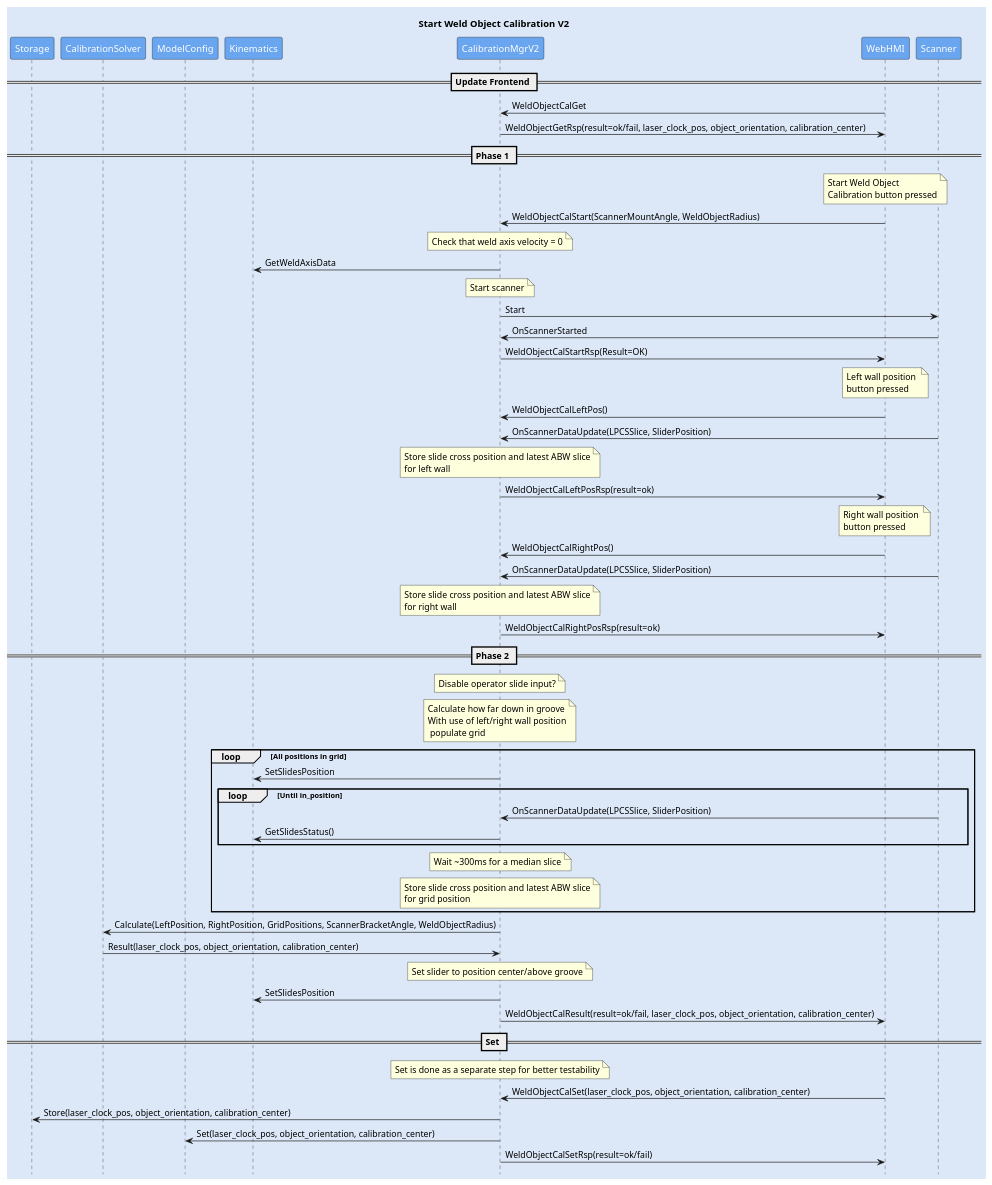
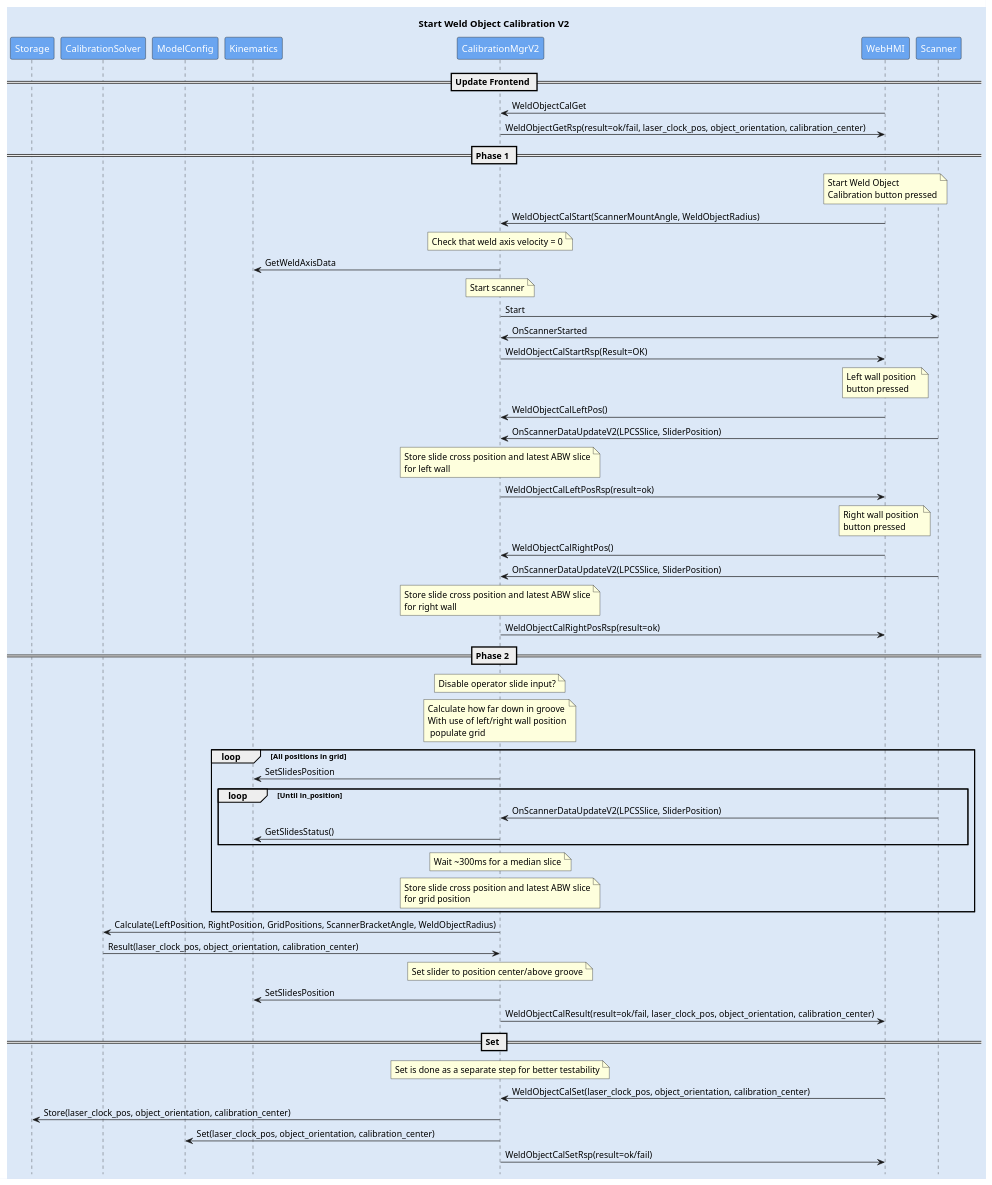
The diagram in src/main/calibration/docs/weld_object_calibration_v2.md (usrk04134-droid/adaptio-main), drawn with PlantUML before and after one commit. The commit also changed 9 other files, not shown here.

Commit message:
Rename OnScannerDataUpdate to OnScannerDataUpdateV2 across multiple files

```diff
--- a/src/main/calibration/docs/weld_object_calibration_v2.md
+++ b/src/main/calibration/docs/weld_object_calibration_v2.md
@@ -41,13 +41,13 @@
   note over WebHMI : Left wall position \nbutton pressed
   WebHMI -> CalibrationMgrV2 : WeldObjectCalLeftPos()
 
-  Scanner -> CalibrationMgrV2 : OnScannerDataUpdate(LPCSSlice, SliderPosition)
+  Scanner -> CalibrationMgrV2 : OnScannerDataUpdateV2(LPCSSlice, SliderPosition)
   note over CalibrationMgrV2 : Store slide cross position and latest ABW slice\nfor left wall
   CalibrationMgrV2 -> WebHMI : WeldObjectCalLeftPosRsp(result=ok)
 
   note over WebHMI : Right wall position \nbutton pressed
   WebHMI -> CalibrationMgrV2 : WeldObjectCalRightPos()
-  Scanner -> CalibrationMgrV2 : OnScannerDataUpdate(LPCSSlice, SliderPosition)
+  Scanner -> CalibrationMgrV2 : OnScannerDataUpdateV2(LPCSSlice, SliderPosition)
   note over CalibrationMgrV2 : Store slide cross position and latest ABW slice\nfor right wall
   CalibrationMgrV2 -> WebHMI : WeldObjectCalRightPosRsp(result=ok)
 
@@ -58,7 +58,7 @@
   loop All positions in grid
     CalibrationMgrV2 -> Kinematics : SetSlidesPosition
     loop Until in_position
-      Scanner -> CalibrationMgrV2 : OnScannerDataUpdate(LPCSSlice, SliderPosition)
+      Scanner -> CalibrationMgrV2 : OnScannerDataUpdateV2(LPCSSlice, SliderPosition)
       CalibrationMgrV2 -> Kinematics : GetSlidesStatus()
     end
     note over CalibrationMgrV2
```
